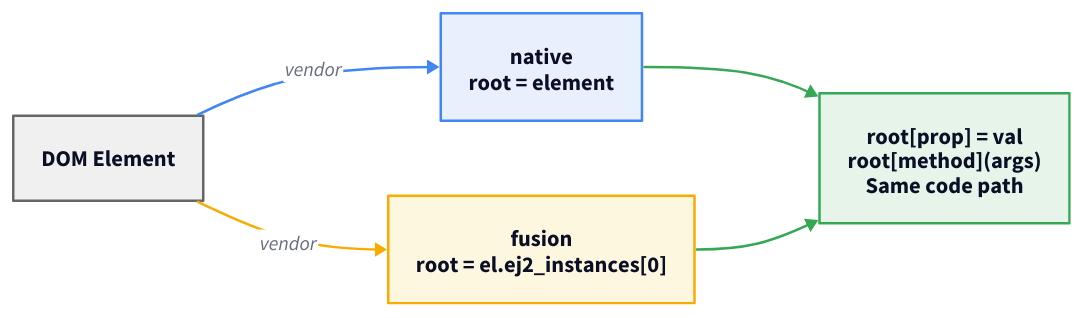
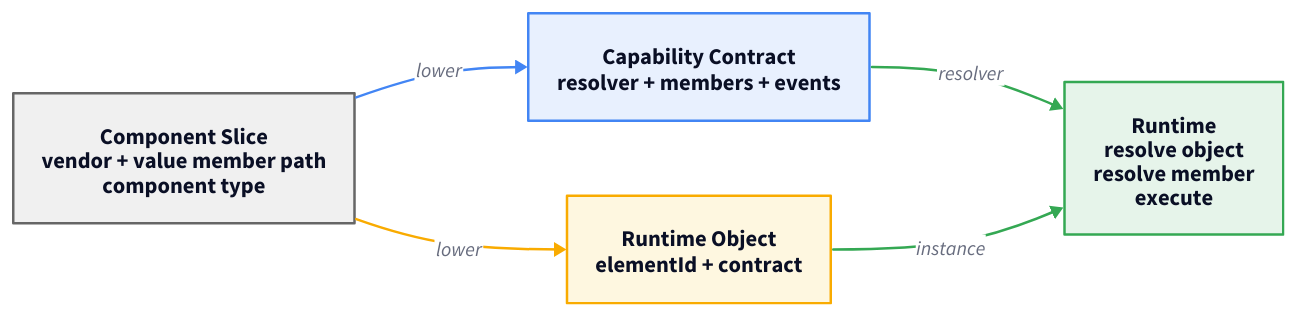
The diagram in docs-site/src/content/docs/architecture/component-model.mdx (marafiq/alis-reactive), drawn with D2 before and after one commit. The commit also changed other lines of this file and 1014 other files, not shown here.

````diff
--- a/docs-site/src/content/docs/architecture/component-model.mdx
+++ b/docs-site/src/content/docs/architecture/component-model.mdx
@@ -26,44 +32,44 @@
 ```d2
 direction: right
 
-element: "DOM Element" {
+slice: "Component Slice\nvendor + value member path\ncomponent type" {
   shape: rectangle
   style.fill: "#f0f0f0"
   style.stroke: "#666"
   style.font-size: 18
 }
 
-native_root: "native\nroot = element" {
+contract: "Capability Contract\nresolver + members + events" {
   shape: rectangle
   style.fill: "#e8f0fe"
   style.stroke: "#4285f4"
   style.font-size: 18
 }
 
-fusion_root: "fusion\nroot = el.ej2_instances[0]" {
+object: "Runtime Object\nelementId + contract" {
   shape: rectangle
   style.fill: "#fef7e0"
   style.stroke: "#f9ab00"
   style.font-size: 18
 }
 
-bracket: "root[prop] = val\nroot[method](args)\nSame code path" {
+runtime: "Runtime\nresolve object\nresolve member\nexecute" {
   shape: rectangle
   style.fill: "#e6f4ea"
   style.stroke: "#34a853"
   style.font-size: 18
 }
 
-element -> native_root: vendor {
+slice -> contract: lower {
   style.stroke: "#4285f4"
 }
-element -> fusion_root: vendor {
+slice -> object: lower {
   style.stroke: "#f9ab00"
 }
-native_root -> bracket {
+contract -> runtime: resolver {
   style.stroke: "#34a853"
 }
-fusion_root -> bracket {
+object -> runtime: instance {
   style.stroke: "#34a853"
 }
 ```
````
